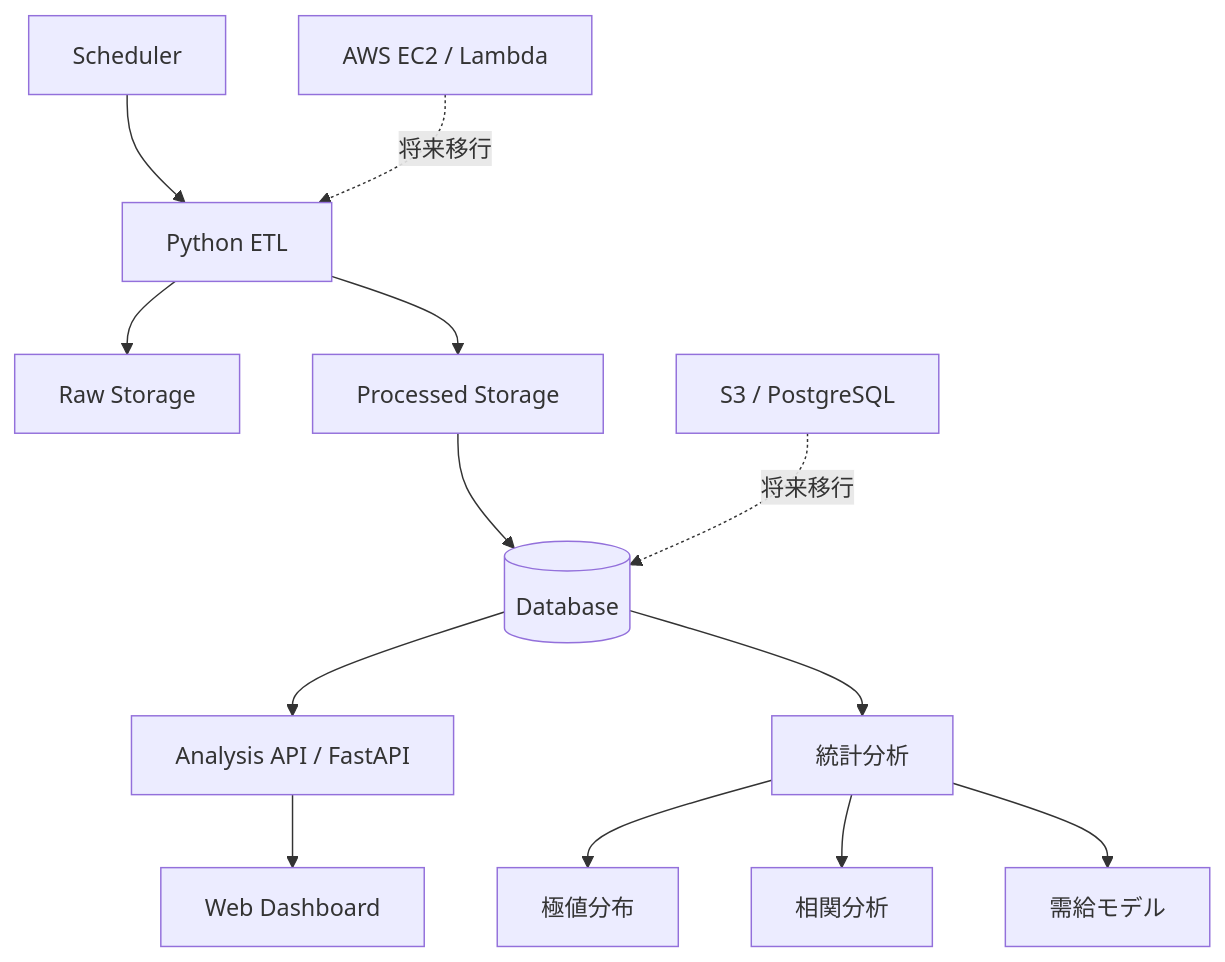
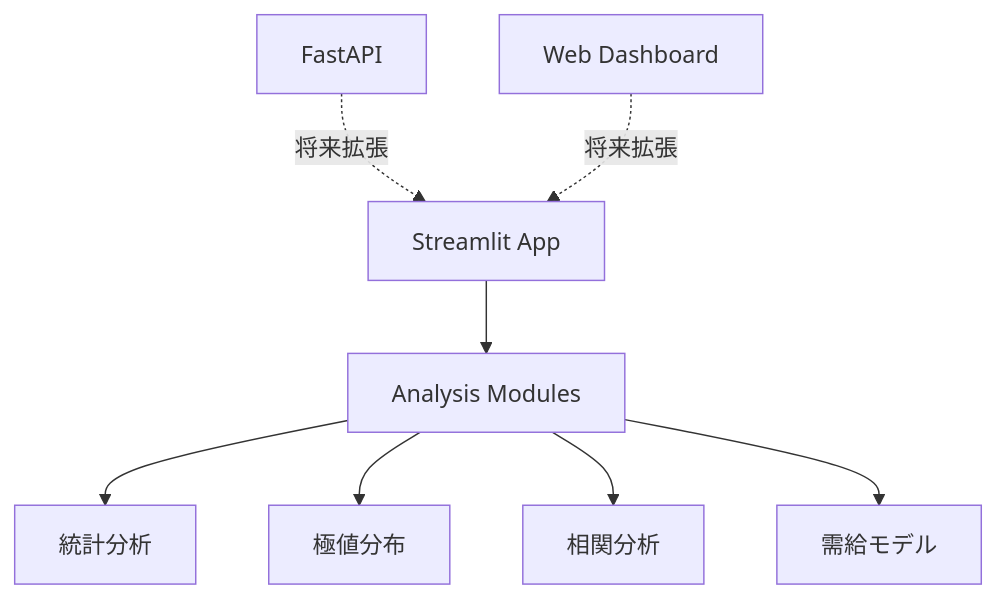
The ninth of 9 diagrams in README.md (banzai80311315/jepx-data-analytics-platform), drawn with Mermaid before and after one commit. The commit also changed other lines of this file, not shown here.

````diff
--- a/README.md
+++ b/README.md
@@ -263,18 +254,11 @@
 ```mermaid
 flowchart TD
-    A[Scheduler] --> B[Python ETL]
-    B --> C[Raw Storage]
-    B --> D[Processed Storage]
-    D --> E[(Database)]
+    A[Streamlit App] --> B[Analysis Modules]
+    B --> C[統計分析]
+    B --> D[極値分布]
+    B --> E[相関分析]
+    B --> F[需給モデル]
 
-    E --> F[Analysis API / FastAPI]
-    F --> G[Web Dashboard]
-
-    E --> H[統計分析]
-    H --> I[極値分布]
-    H --> J[相関分析]
-    H --> K[需給モデル]
-
-    L[AWS EC2 / Lambda] -. 将来移行 .-> B
-    M[S3 / PostgreSQL] -. 将来移行 .-> E
+    G[FastAPI] -. 将来拡張 .-> A
+    H[Web Dashboard] -. 将来拡張 .-> A
 ```
````
